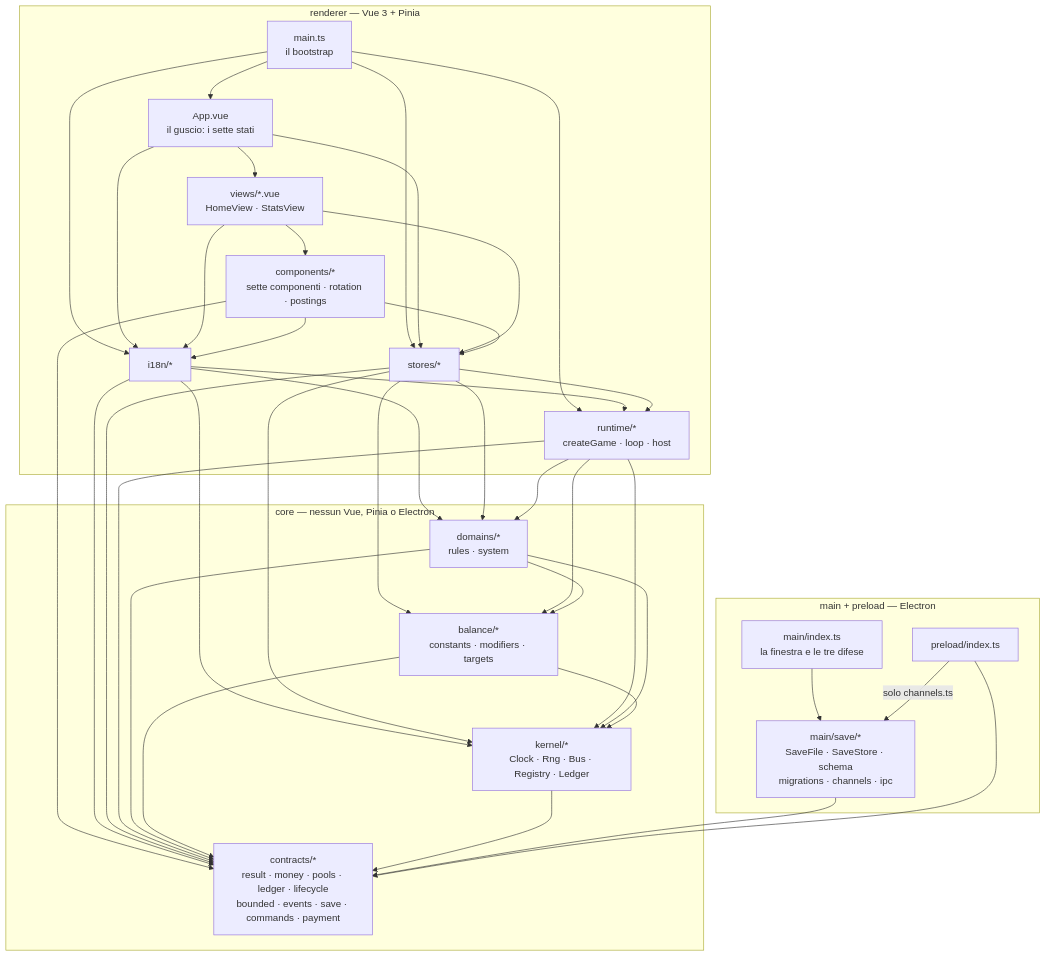
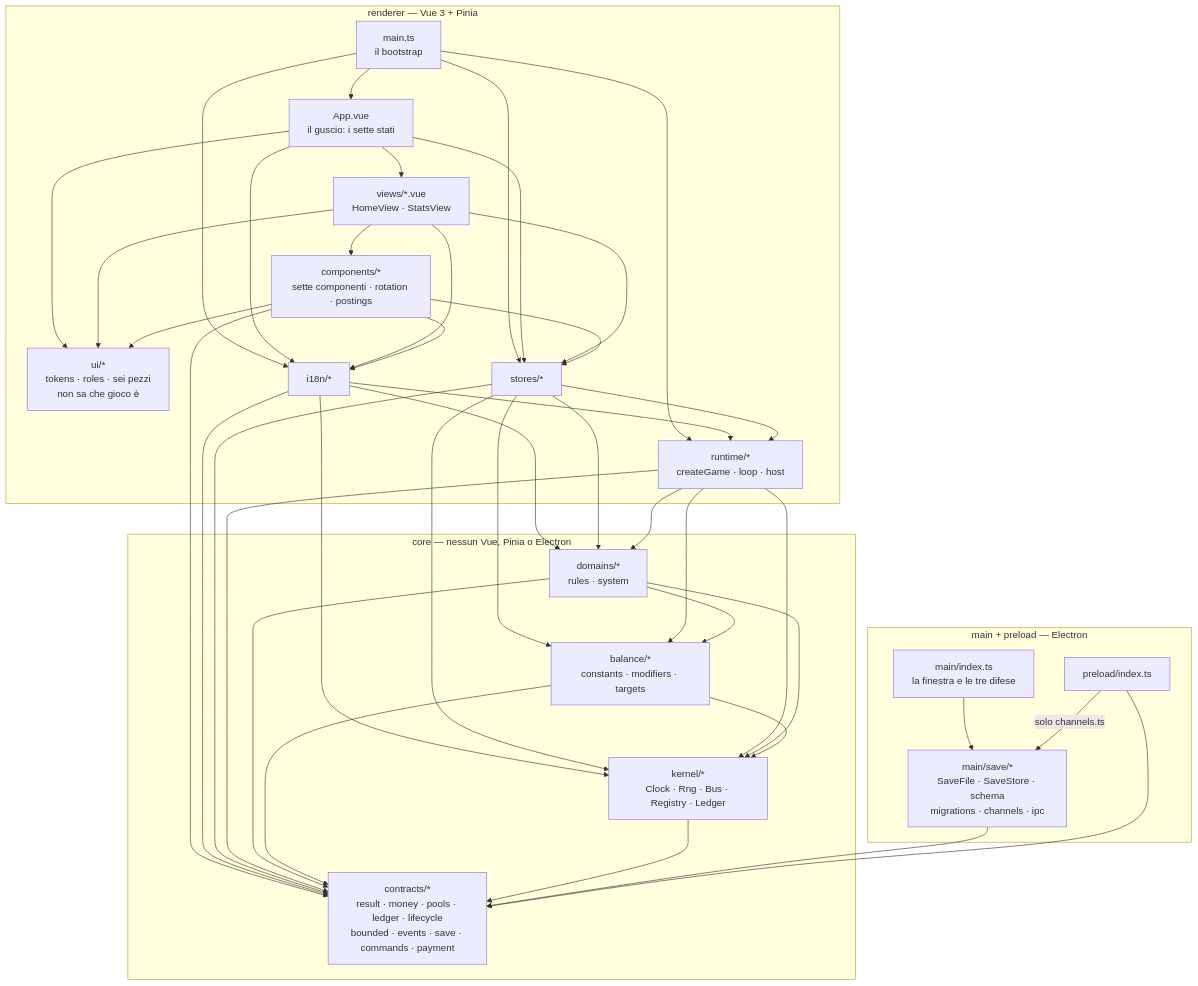
One commit to devfrx/solvent changed the diagram in docs/architettura.md. Above: the diagram before and after it, drawn with Mermaid. The commit also changed other lines of this file and 37 other files, not shown here.

````diff
--- a/docs/architettura.md
+++ b/docs/architettura.md
@@ -14,62 +14,66 @@
 ```mermaid
 flowchart TD
   subgraph PLAT["main + preload — Electron"]
     MAIN["main/index.ts<br/>la finestra e le tre difese"]
     SAVE["main/save/*<br/>SaveFile · SaveStore · schema<br/>migrations · channels · ipc"]
     PRE["preload/index.ts"]
   end
 
   subgraph REND["renderer — Vue 3 + Pinia"]
     BOOT["main.ts<br/>il bootstrap"]
     APP["App.vue<br/>il guscio: i sette stati"]
     VIEWS["views/*.vue<br/>HomeView · StatsView"]
     CMP["components/*<br/>sette componenti · rotation · postings"]
+    UI["ui/*<br/>tokens · roles · sei pezzi<br/>non sa che gioco è"]
     I18N["i18n/*"]
     ST["stores/*"]
     RT["runtime/*<br/>createGame · loop · host"]
   end
 
   subgraph CORE["core — nessun Vue, Pinia o Electron"]
     DOM["domains/*<br/>rules · system"]
     BAL["balance/*<br/>constants · modifiers · targets"]
     KER["kernel/*<br/>Clock · Rng · Bus · Registry · Ledger"]
     CON["contracts/*<br/>result · money · pools · ledger · lifecycle<br/>bounded · events · save · commands · payment"]
   end
 
   BOOT --> APP
   BOOT --> ST
   BOOT --> RT
   BOOT --> I18N
   APP --> VIEWS
   APP --> ST
   APP --> I18N
   VIEWS --> CMP
   VIEWS --> ST
   VIEWS --> I18N
   CMP --> ST
   CMP --> I18N
+  APP --> UI
+  VIEWS --> UI
+  CMP --> UI
   CMP --> CON
   I18N --> CON
   I18N --> DOM
   I18N --> KER
   I18N --> RT
   ST  --> RT
   ST  --> DOM
   ST  --> KER
   ST  --> BAL
   ST  --> CON
   RT  --> DOM
   RT  --> KER
   RT  --> BAL
   RT  --> CON
   DOM --> BAL
   DOM --> KER
   DOM --> CON
   BAL --> KER
   BAL --> CON
   KER --> CON
   MAIN --> SAVE
   SAVE --> CON
   PRE --> CON
   PRE -->|solo channels.ts| SAVE
 ```
````
